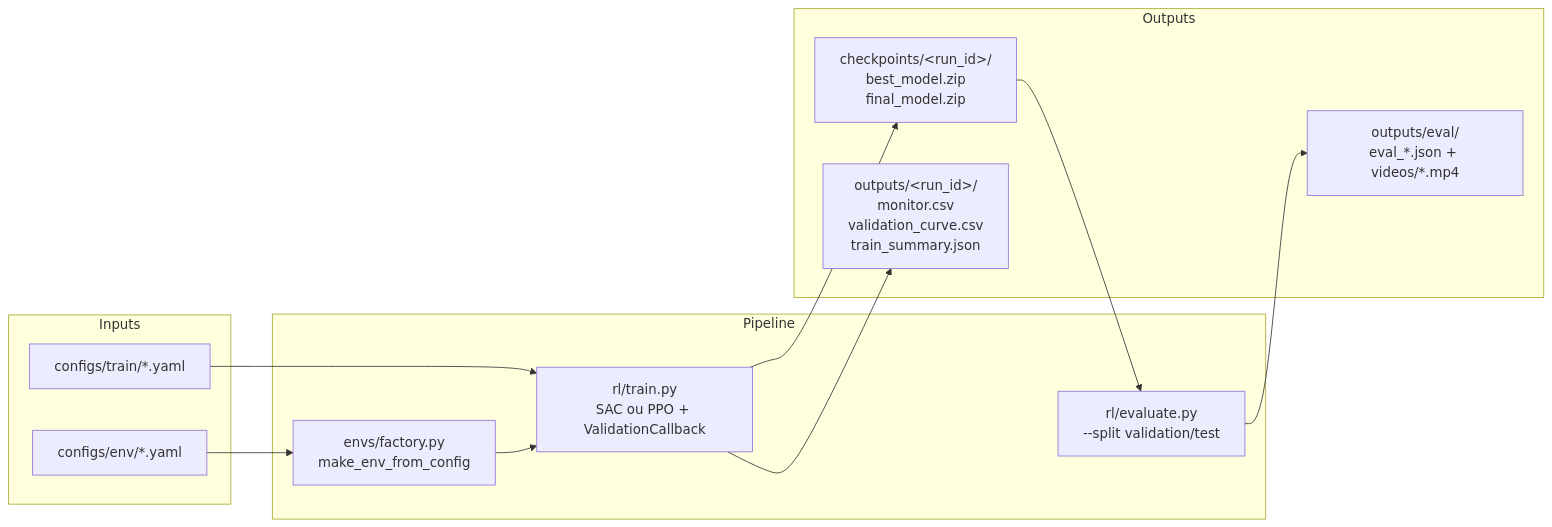
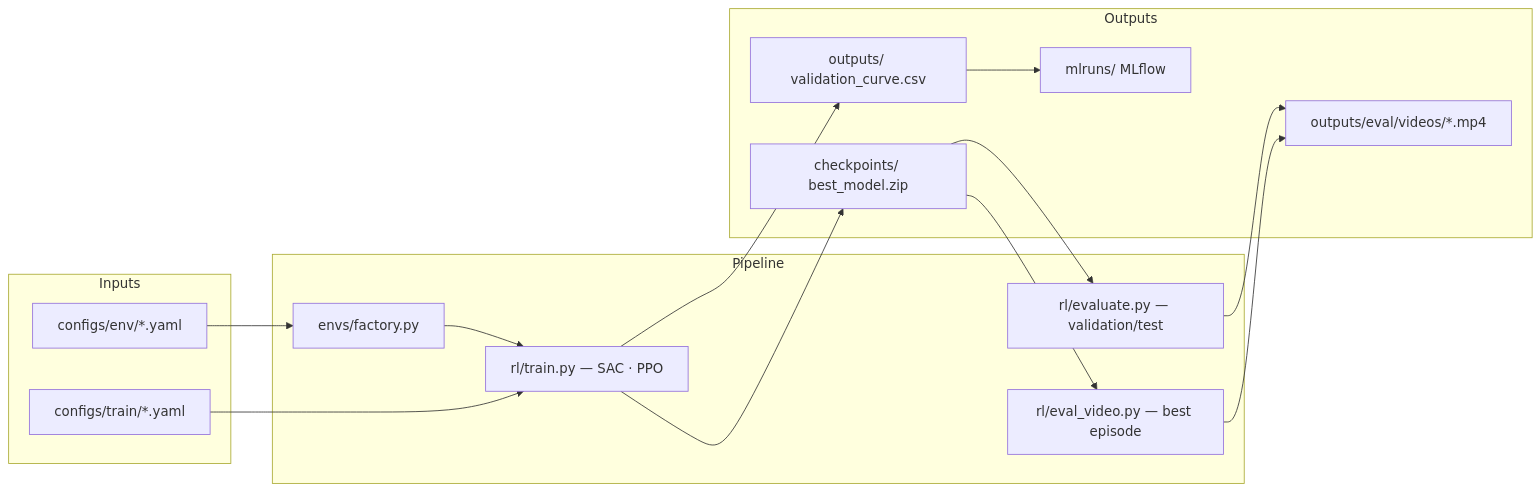
The diagram in README.md (YiZeems/robocasa-project-B), drawn with Mermaid before and after one commit. The commit also changed other lines of this file and 8 other files, not shown here.

````diff
--- a/README.md
+++ b/README.md
@@ -54,24 +48,22 @@
 ```mermaid
 flowchart LR
     subgraph Inputs
         Y1[configs/env/*.yaml]
         Y2[configs/train/*.yaml]
     end
     subgraph Pipeline
-        F[envs/factory.py<br/>make_env_from_config]
-        T[rl/train.py<br/>SAC ou PPO + ValidationCallback]
-        E[rl/evaluate.py<br/>--split validation/test]
+        F[envs/factory.py]
+        T[rl/train.py — SAC · PPO]
+        E[rl/evaluate.py — validation/test]
+        V[rl/eval_video.py — best episode]
     end
     subgraph Outputs
-        C[checkpoints/&lt;run_id&gt;/<br/>best_model.zip<br/>final_model.zip]
-        O[outputs/&lt;run_id&gt;/<br/>monitor.csv<br/>validation_curve.csv<br/>train_summary.json]
-        V[outputs/eval/<br/>eval_*.json + videos/*.mp4]
+        C[checkpoints/ best_model.zip]
+        O[outputs/ validation_curve.csv]
+        M[mlruns/ MLflow]
+        MP4[outputs/eval/videos/*.mp4]
     end
-    Y1 --> F
-    Y2 --> T
-    F --> T
-    T --> C
-    T --> O
-    C --> E
-    E --> V
+    Y1 --> F --> T --> C --> E --> MP4
+    Y2 --> T --> O --> M
+    C --> V --> MP4
 ```
````
